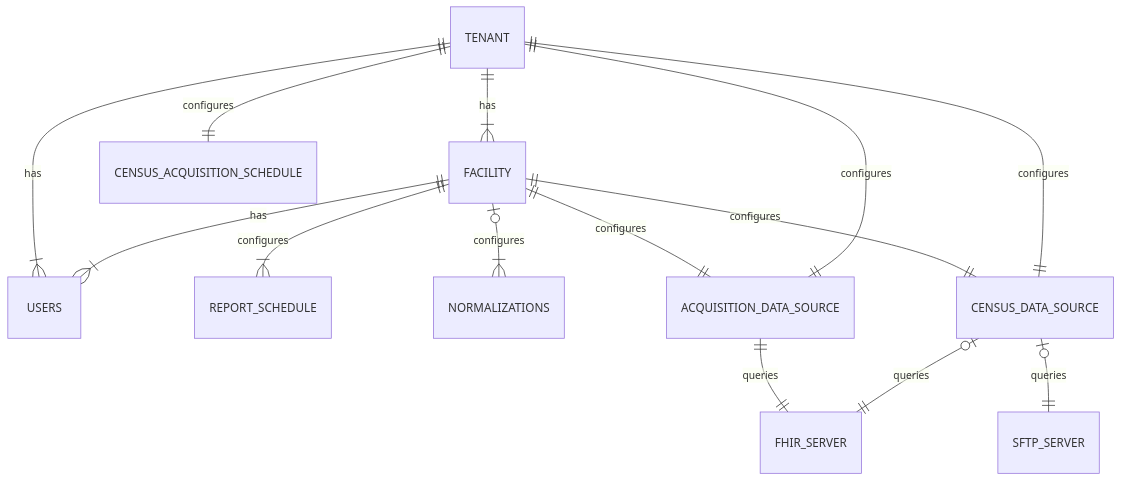
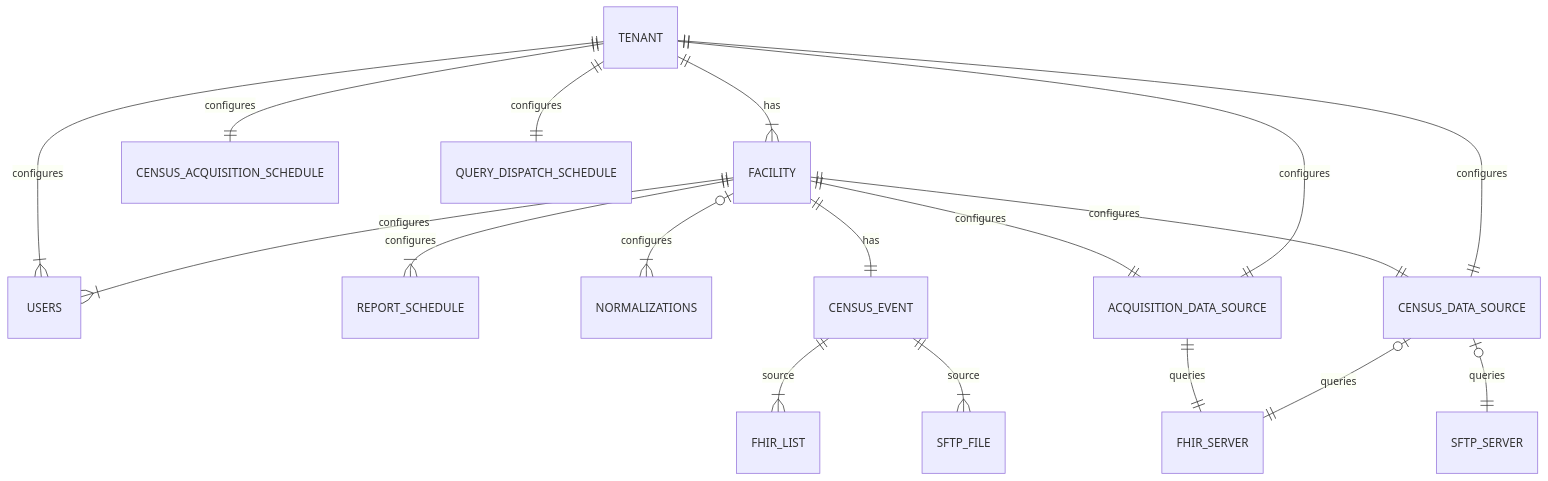
Before and after one commit to lantanagroup/link-cloud: the second of 2 diagrams in docs/docs/proposals/tenant-multi-facility-proposal.mdx, drawn with Mermaid.

Commit message:
Additional changes to the proposed ERD

````diff
--- a/docs/docs/proposals/tenant-multi-facility-proposal.mdx
+++ b/docs/docs/proposals/tenant-multi-facility-proposal.mdx
@@ -42,16 +42,20 @@
 ```mermaid
 erDiagram
     TENANT 1 to one or more FACILITY : has
-    FACILITY 1 to one or more USERS : has
-    TENANT 1 to one or more USERS : has
+    FACILITY 1 to one or more USERS : configures
+    TENANT 1 to one or more USERS : configures
     FACILITY 1 to one or more REPORT_SCHEDULE : configures
     FACILITY Zero or one to one or more NORMALIZATIONS : configures
     TENANT 1 to 1 CENSUS_ACQUISITION_SCHEDULE : configures
+    TENANT 1 to 1 QUERY_DISPATCH_SCHEDULE : configures
     TENANT 1 to 1 ACQUISITION_DATA_SOURCE : configures
     FACILITY 1 to 1 ACQUISITION_DATA_SOURCE : configures
+    FACILITY 1 to 1 CENSUS_EVENT : has
+    CENSUS_EVENT 1 to one or more FHIR_LIST: source
+    CENSUS_EVENT 1 to one or more SFTP_FILE: source
     TENANT 1 to 1 CENSUS_DATA_SOURCE : configures
     FACILITY 1 to 1 CENSUS_DATA_SOURCE : configures
     CENSUS_DATA_SOURCE Zero or one to one FHIR_SERVER : queries
     CENSUS_DATA_SOURCE Zero or one to one SFTP_SERVER : queries
     ACQUISITION_DATA_SOURCE 1 to 1 FHIR_SERVER : queries
 ```
````
